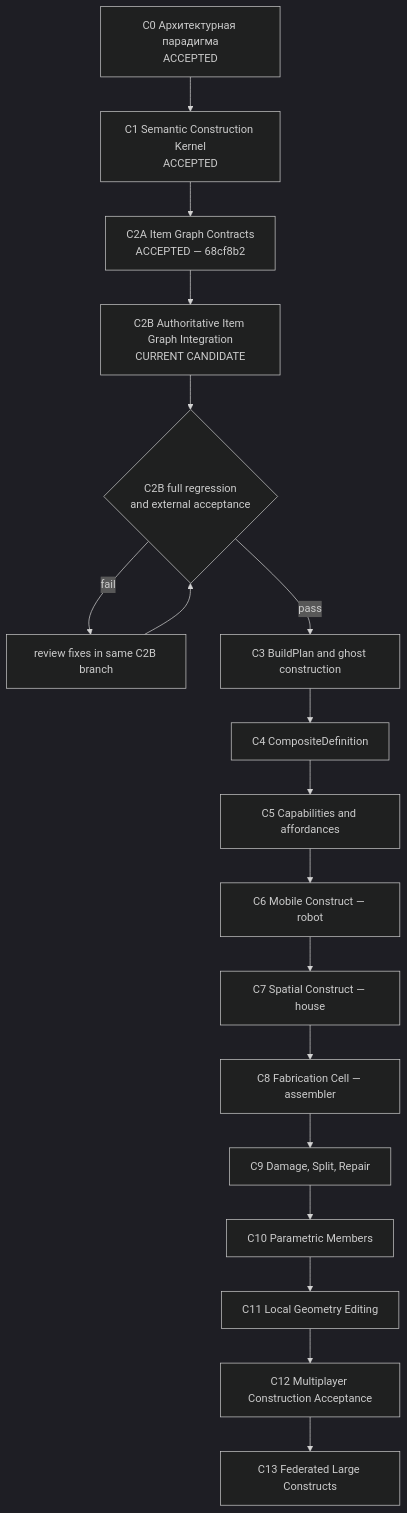
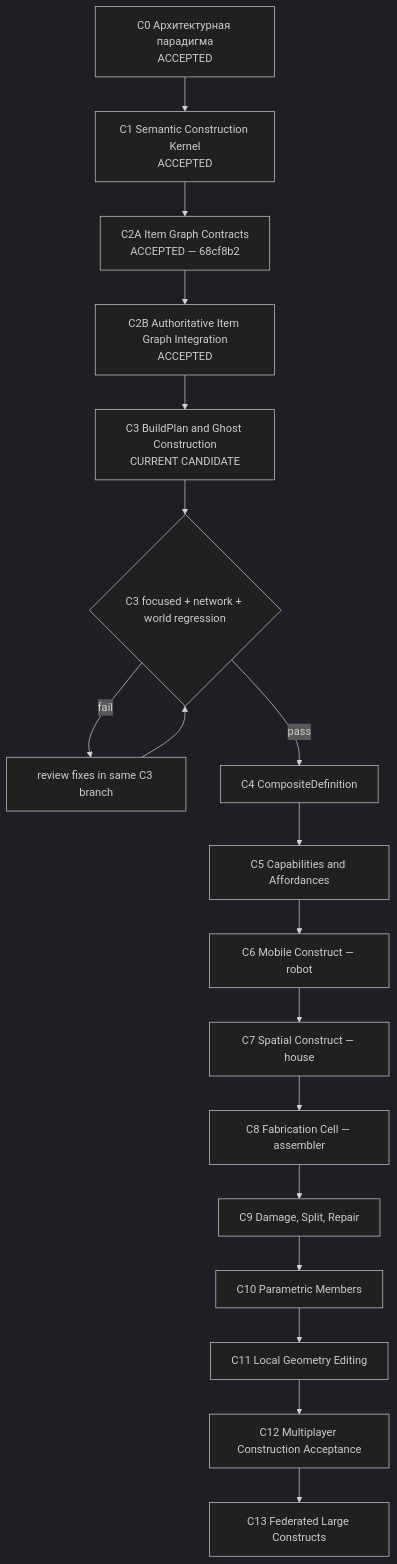
Before and after one commit to rootfabric/distributed-world-simulator: the diagram in docs/plans/CONSTRUCTION_MAP_RU.md, drawn with Mermaid (dark theme). The commit also changed other lines of this file and 41 other files, not shown here.

Commit message:
feat(construction): add BuildPlan and ghost construction

````diff
--- a/docs/plans/CONSTRUCTION_MAP_RU.md
+++ b/docs/plans/CONSTRUCTION_MAP_RU.md
@@ -20,20 +21,20 @@
 ```mermaid
 flowchart TD
     C0["C0 Архитектурная парадигма\nACCEPTED"] --> C1["C1 Semantic Construction Kernel\nACCEPTED"]
     C1 --> C2A["C2A Item Graph Contracts\nACCEPTED — 68cf8b2"]
-    C2A --> C2B["C2B Authoritative Item Graph Integration\nCURRENT CANDIDATE"]
-    C2B --> G2{"C2B full regression\nand external acceptance"}
-    G2 -- fail --> F2["review fixes in same C2B branch"]
-    F2 --> G2
-    G2 -- pass --> C3["C3 BuildPlan and ghost construction"]
-    C3 --> C4["C4 CompositeDefinition"]
-    C4 --> C5["C5 Capabilities and affordances"]
+    C2A --> C2B["C2B Authoritative Item Graph Integration\nACCEPTED"]
+    C2B --> C3["C3 BuildPlan and Ghost Construction\nCURRENT CANDIDATE"]
+    C3 --> G3{"C3 focused + network + world regression"}
+    G3 -- fail --> F3["review fixes in same C3 branch"]
+    F3 --> G3
+    G3 -- pass --> C4["C4 CompositeDefinition"]
+    C4 --> C5["C5 Capabilities and Affordances"]
     C5 --> C6["C6 Mobile Construct — robot"]
     C6 --> C7["C7 Spatial Construct — house"]
     C7 --> C8["C8 Fabrication Cell — assembler"]
     C8 --> C9["C9 Damage, Split, Repair"]
     C9 --> C10["C10 Parametric Members"]
     C10 --> C11["C11 Local Geometry Editing"]
     C11 --> C12["C12 Multiplayer Construction Acceptance"]
     C12 --> C13["C13 Federated Large Constructs"]
 ```
````
